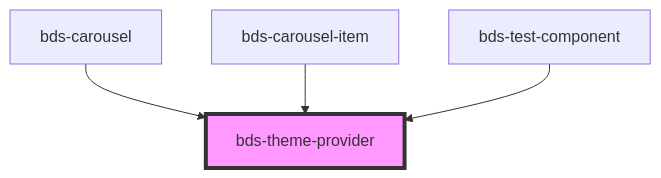
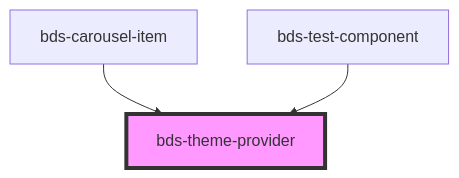
Before and after one commit to takenet/blip-ds: the diagram in src/components/theme-provider/readme.md, drawn with Mermaid. The commit also changed other lines of this file and 14 other files, not shown here.

````diff
--- a/src/components/theme-provider/readme.md
+++ b/src/components/theme-provider/readme.md
@@ -24,7 +23,6 @@
 ```mermaid
 graph TD;
-  bds-carousel --> bds-theme-provider
   bds-carousel-item --> bds-theme-provider
   bds-test-component --> bds-theme-provider
   style bds-theme-provider fill:#f9f,stroke:#333,stroke-width:4px
 ```
````
